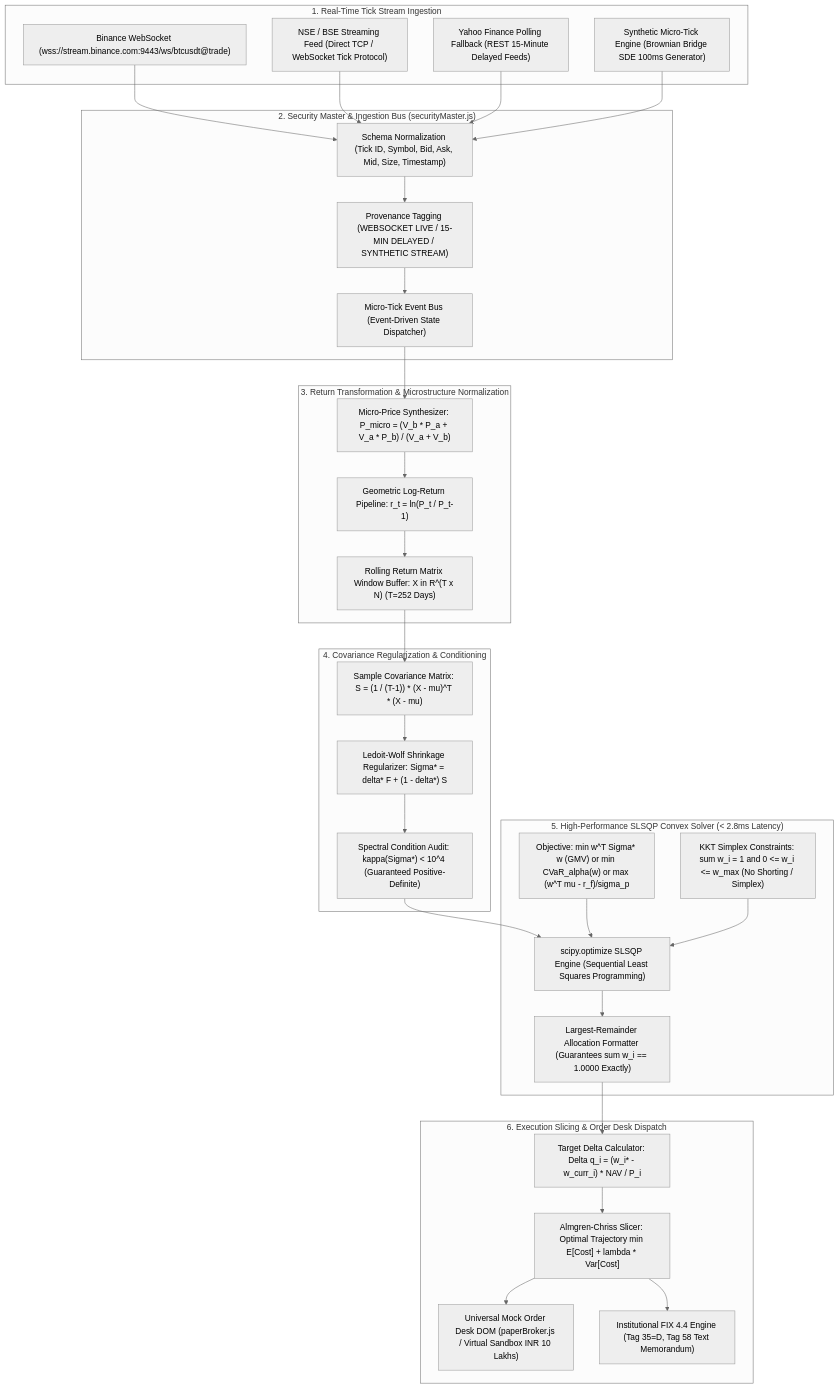
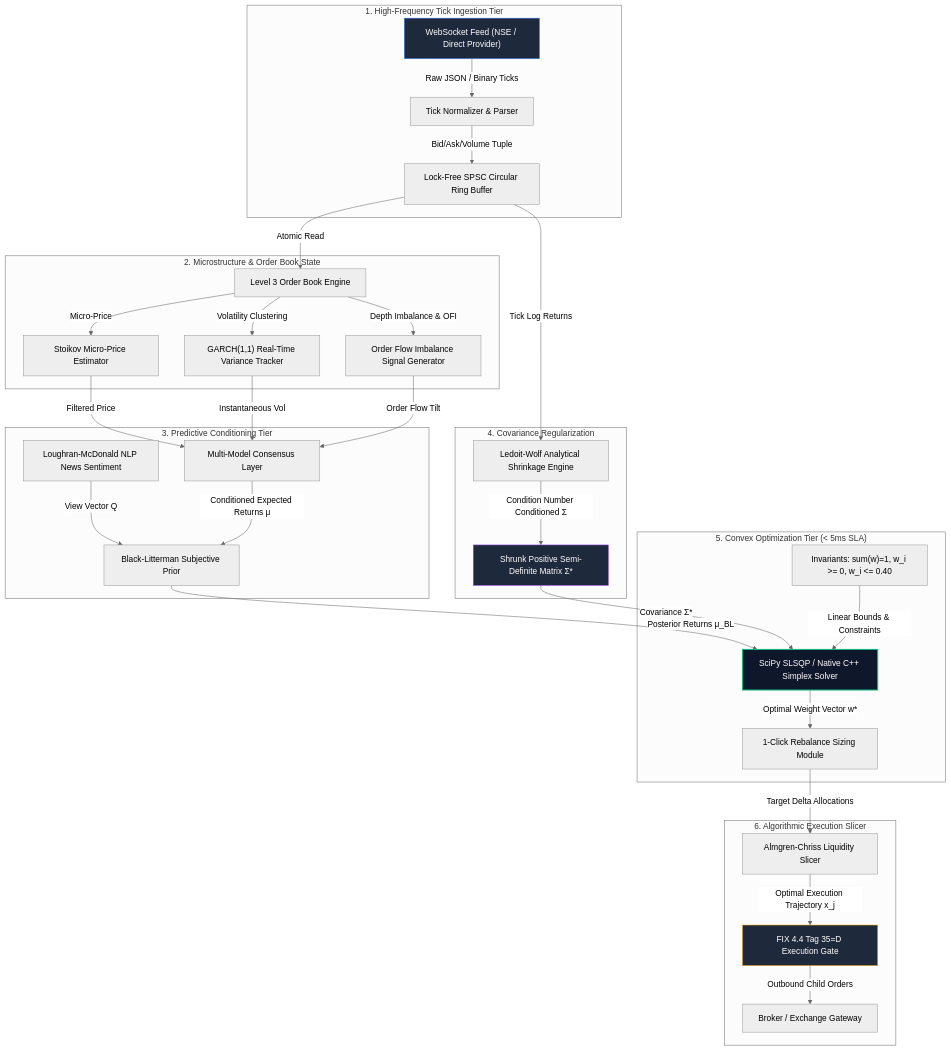
The diagram in README.md (Premchandyadav369/RISKOS), drawn with Mermaid (neutral theme) before and after one commit. The commit also changed other lines of this file and 8 other files, not shown here.

First line of the commit message:
feat(core): institutional excellence upgrade & katex math engine hardening

````diff
--- a/README.md
+++ b/README.md
@@ -484,61 +237,45 @@
 ```mermaid
 flowchart TD
-    subgraph S1["1. Real-Time Tick Stream Ingestion"]
-        WS_Binance["Binance WebSocket (wss://stream.binance.com:9443/ws/btcusdt@trade)"]
-        WS_NSE["NSE / BSE Streaming Feed (Direct TCP / WebSocket Tick Protocol)"]
-        YF_Poll["Yahoo Finance Polling Fallback (REST 15-Minute Delayed Feeds)"]
-        WS_Synthetic["Synthetic Micro-Tick Engine (Brownian Bridge SDE 100ms Generator)"]
+    subgraph INGESTION["1. High-Frequency Tick Ingestion Tier"]
+        WS["WebSocket Feed (NSE / Direct Provider)"] -->|Raw JSON / Binary Ticks| INGEST["Tick Normalizer & Parser"]
+        INGEST -->|Bid/Ask/Volume Tuple| BUFFER["Lock-Free SPSC Circular Ring Buffer"]
     end
 
-    subgraph S2["2. Security Master & Ingestion Bus (securityMaster.js)"]
-        TickBus["Micro-Tick Event Bus (Event-Driven State Dispatcher)"]
-        SchemaVal["Schema Normalization (Tick ID, Symbol, Bid, Ask, Mid, Size, Timestamp)"]
-        ProvenTag["Provenance Tagging (WEBSOCKET LIVE / 15-MIN DELAYED / SYNTHETIC STREAM)"]
-        WS_Binance --> SchemaVal
-        WS_NSE --> SchemaVal
-        YF_Poll --> SchemaVal
-        WS_Synthetic --> SchemaVal
-        SchemaVal --> ProvenTag
-        ProvenTag --> TickBus
+    subgraph MICRO["2. Microstructure & Order Book State"]
+        BUFFER -->|Atomic Read| L3["Level 3 Order Book Engine"]
+        L3 -->|Depth Imbalance & OFI| OFI["Order Flow Imbalance Signal Generator"]
+        L3 -->|Micro-Price| MP["Stoikov Micro-Price Estimator"]
+        L3 -->|Volatility Clustering| GARCH["GARCH(1,1) Real-Time Variance Tracker"]
     end
 
-    subgraph S3["3. Return Transformation & Microstructure Normalization"]
-        MicroPrice["Micro-Price Synthesizer: P_micro = (V_b * P_a + V_a * P_b) / (V_a + V_b)"]
-        LogReturns["Geometric Log-Return Pipeline: r_t = ln(P_t / P_t-1)"]
-        RollWindow["Rolling Return Matrix Window Buffer: X in R^(T x N) (T=252 Days)"]
-        TickBus --> MicroPrice
-        MicroPrice --> LogReturns
-        LogReturns --> RollWindow
+    subgraph PREDICTIVE["3. Predictive Conditioning Tier"]
+        MP -->|Filtered Price| CONSENSUS["Multi-Model Consensus Layer"]
+        GARCH -->|Instantaneous Vol| CONSENSUS
+        OFI -->|Order Flow Tilt| CONSENSUS
+        NLP["Loughran-McDonald NLP News Sentiment"] -->|View Vector Q| BL["Black-Litterman Subjective Prior"]
+        CONSENSUS -->|Conditioned Expected Returns μ| BL
     end
 
-    subgraph S4["4. Covariance Regularization & Conditioning"]
-        SampleCov["Sample Covariance Matrix: S = (1 / (T-1)) * (X - mu)^T * (X - mu)"]
-        LedoitWolf["Ledoit-Wolf Shrinkage Regularizer: Sigma* = delta* F + (1 - delta*) S"]
-        CondCheck["Spectral Condition Audit: kappa(Sigma*) < 10^4 (Guaranteed Positive-Definite)"]
-        RollWindow --> SampleCov
-        SampleCov --> LedoitWolf
-        LedoitWolf --> CondCheck
+    subgraph COVARIANCE["4. Covariance Regularization"]
+        BUFFER -->|Tick Log Returns| LW["Ledoit-Wolf Analytical Shrinkage Engine"]
+        LW -->|Condition Number Conditioned Σ| SHRUNK["Shrunk Positive Semi-Definite Matrix Σ*"]
     end
 
-    subgraph S5["5. High-Performance SLSQP Convex Solver (< 2.8ms Latency)"]
-        Objective["Objective: min w^T Sigma* w (GMV) or min CVaR_alpha(w) or max (w^T mu - r_f)/sigma_p"]
-        SimplexConstraints["KKT Simplex Constraints: sum w_i = 1 and 0 <= w_i <= w_max (No Shorting / Simplex)"]
-        SLSQP["scipy.optimize SLSQP Engine (Sequential Least Squares Programming)"]
-        LargestRemainder["Largest-Remainder Allocation Formatter (Guarantees sum w_i == 1.0000 Exactly)"]
-        CondCheck --> SLSQP
-        Objective --> SLSQP
-        SimplexConstraints --> SLSQP
-        SLSQP --> LargestRemainder
+    subgraph SOLVER["5. Convex Optimization Tier (< 5ms SLA)"]
+        BL -->|Posterior Returns μ_BL| SLSQP["SciPy SLSQP / Native C++ Simplex Solver"]
+        SHRUNK -->|Covariance Σ*| SLSQP
+        CONSTRAINTS["Invariants: sum(w)=1, w_i >= 0, w_i <= 0.40"] -->|Linear Bounds & Constraints| SLSQP
+        SLSQP -->|Optimal Weight Vector w*| REBALANCE["1-Click Rebalance Sizing Module"]
     end
 
-    subgraph S6["6. Execution Slicing & Order Desk Dispatch"]
-        TargetDelta["Target Delta Calculator: Delta q_i = (w_i* - w_curr_i) * NAV / P_i"]
-        AlmgrenChriss["Almgren-Chriss Slicer: Optimal Trajectory min E[Cost] + lambda * Var[Cost]"]
-        OrderDesk["Universal Mock Order Desk DOM (paperBroker.js / Virtual Sandbox INR 10 Lakhs)"]
-        FIXTag["Institutional FIX 4.4 Engine (Tag 35=D, Tag 58 Text Memorandum)"]
-        LargestRemainder --> TargetDelta
-        TargetDelta --> AlmgrenChriss
-        AlmgrenChriss --> OrderDesk
-        AlmgrenChriss --> FIXTag
+    subgraph EXECUTION["6. Algorithmic Execution Slicer"]
+        REBALANCE -->|Target Delta Allocations| AC["Almgren-Chriss Liquidity Slicer"]
+        AC -->|Optimal Execution Trajectory x_j| FIX["FIX 4.4 Tag 35=D Execution Gate"]
+        FIX -->|Outbound Child Orders| BROKER["Broker / Exchange Gateway"]
     end
+
+    style WS fill:#1e293b,stroke:#3b82f6,color:#fff
+    style SLSQP fill:#0f172a,stroke:#10b981,stroke-width:2px,color:#fff
+    style SHRUNK fill:#1e293b,stroke:#a855f7,color:#fff
+    style FIX fill:#1e293b,stroke:#f59e0b,color:#fff
 ```
````
